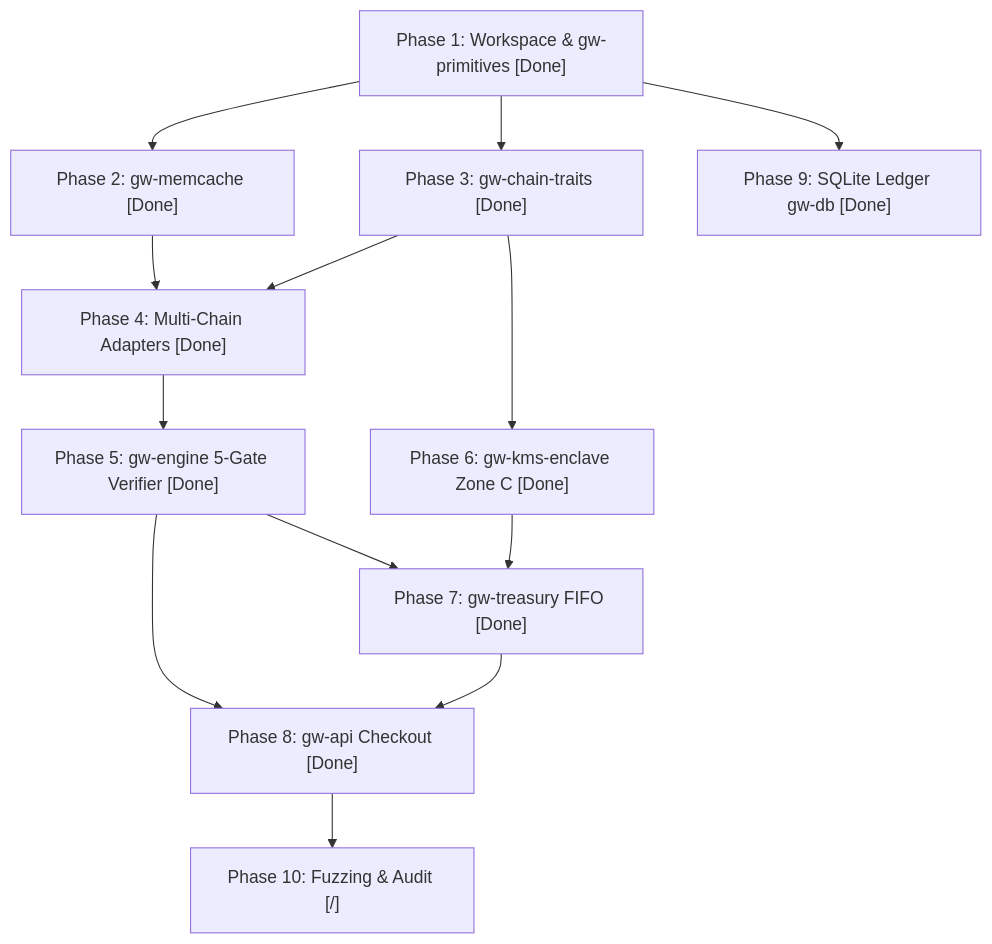
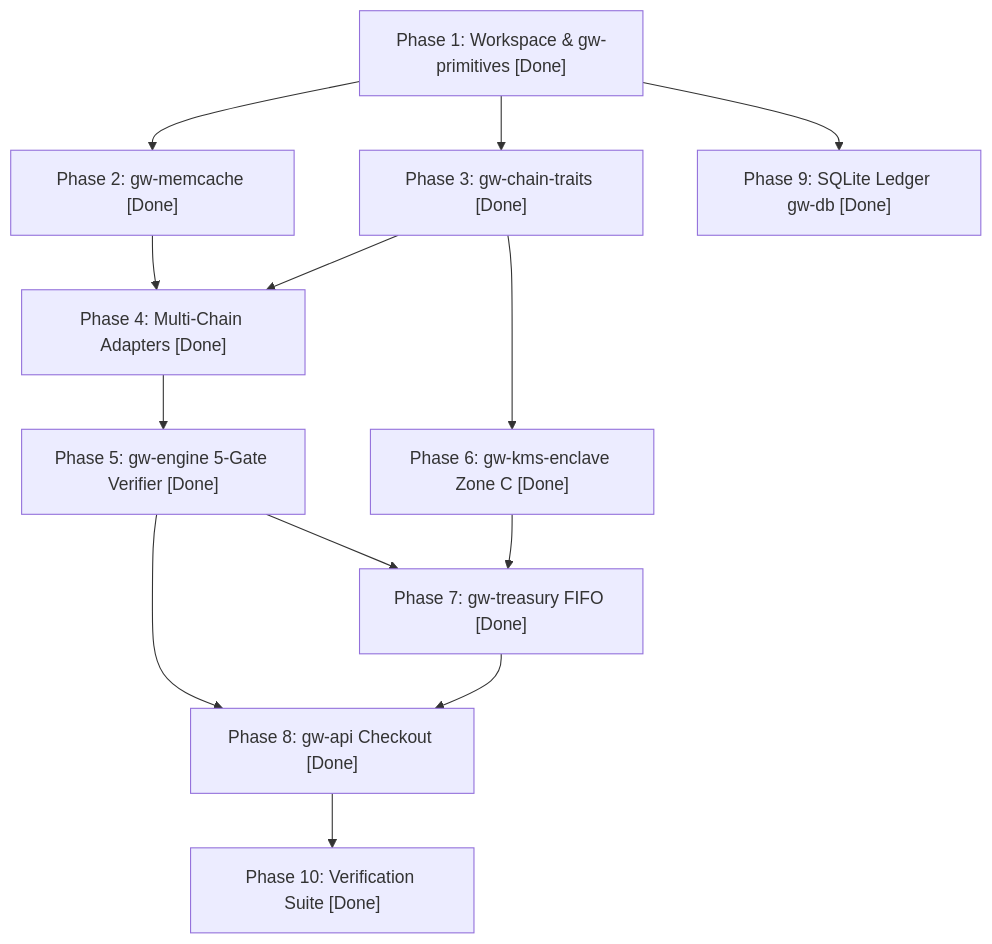
The diagram in tasks.md (Kurisuma/gateway-crypto), drawn with Mermaid before and after one commit. The commit also changed other lines of this file and 5 other files, not shown here.

Commit message:
feat: complete Phase 10 formal verification and hardening suite (gw-verification-suite)

````diff
--- a/tasks.md
+++ b/tasks.md
@@ -327,15 +331,15 @@
 ```mermaid
 flowchart TD
     P1["Phase 1: Workspace & gw-primitives [Done]"] --> P2["Phase 2: gw-memcache [Done]"]
     P1 --> P3["Phase 3: gw-chain-traits [Done]"]
     P1 --> P9["Phase 9: SQLite Ledger gw-db [Done]"]
     P2 --> P4["Phase 4: Multi-Chain Adapters [Done]"]
     P3 --> P4
     P4 --> P5["Phase 5: gw-engine 5-Gate Verifier [Done]"]
     P3 --> P6["Phase 6: gw-kms-enclave Zone C [Done]"]
     P5 --> P7["Phase 7: gw-treasury FIFO [Done]"]
     P6 --> P7
     P5 --> P8["Phase 8: gw-api Checkout [Done]"]
     P7 --> P8
-    P8 --> P10["Phase 10: Fuzzing & Audit [/]"]
+    P8 --> P10["Phase 10: Verification Suite [Done]"]
 ```
````
